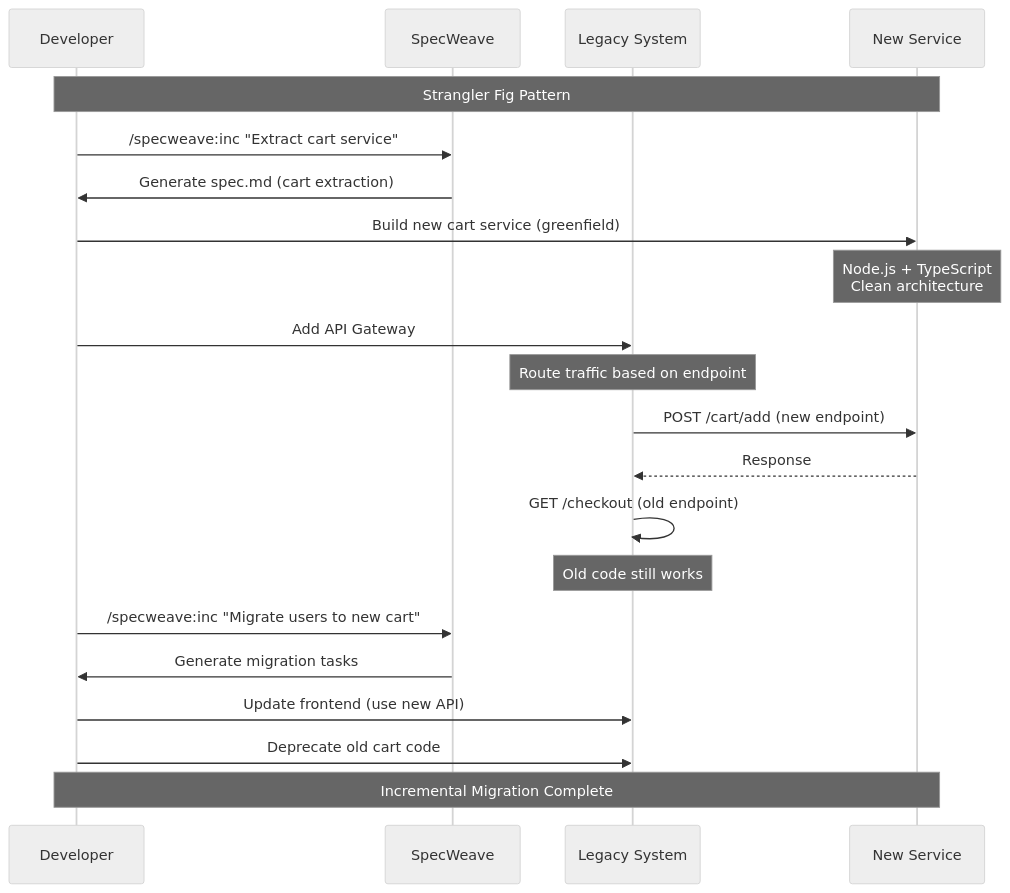
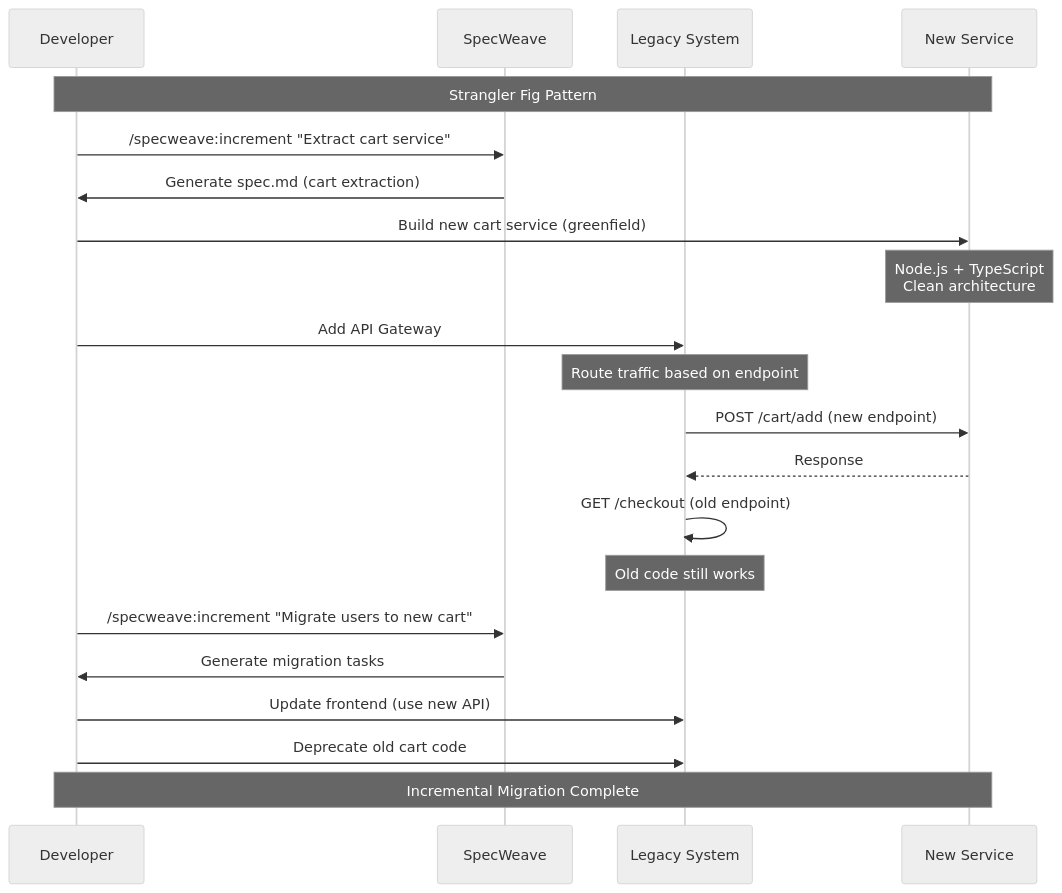
The third of 4 diagrams in .specweave/docs/public/glossary/terms/brownfield.md (anton-abyzov/specweave), drawn with Mermaid (neutral theme) before and after one commit. The commit also changed other lines of this file and 17 other files, not shown here.

````diff
--- a/.specweave/docs/public/glossary/terms/brownfield.md
+++ b/.specweave/docs/public/glossary/terms/brownfield.md
@@ -508,32 +508,32 @@
 ```mermaid
 sequenceDiagram
     participant Dev as Developer
     participant SW as SpecWeave
     participant Legacy as Legacy System
     participant New as New Service
 
     Note over Dev,New: Strangler Fig Pattern
 
-    Dev->>SW: /specweave:inc "Extract cart service"
+    Dev->>SW: /specweave:increment "Extract cart service"
     SW->>Dev: Generate spec.md (cart extraction)
 
     Dev->>New: Build new cart service (greenfield)
     Note over New: Node.js + TypeScript<br/>Clean architecture
 
     Dev->>Legacy: Add API Gateway
     Note over Legacy: Route traffic based on endpoint
 
     Legacy->>New: POST /cart/add (new endpoint)
     New-->>Legacy: Response
 
     Legacy->>Legacy: GET /checkout (old endpoint)
     Note over Legacy: Old code still works
 
-    Dev->>SW: /specweave:inc "Migrate users to new cart"
+    Dev->>SW: /specweave:increment "Migrate users to new cart"
     SW->>Dev: Generate migration tasks
 
     Dev->>Legacy: Update frontend (use new API)
     Dev->>Legacy: Deprecate old cart code
 
     Note over Dev,New: Incremental Migration Complete
 ```
````
